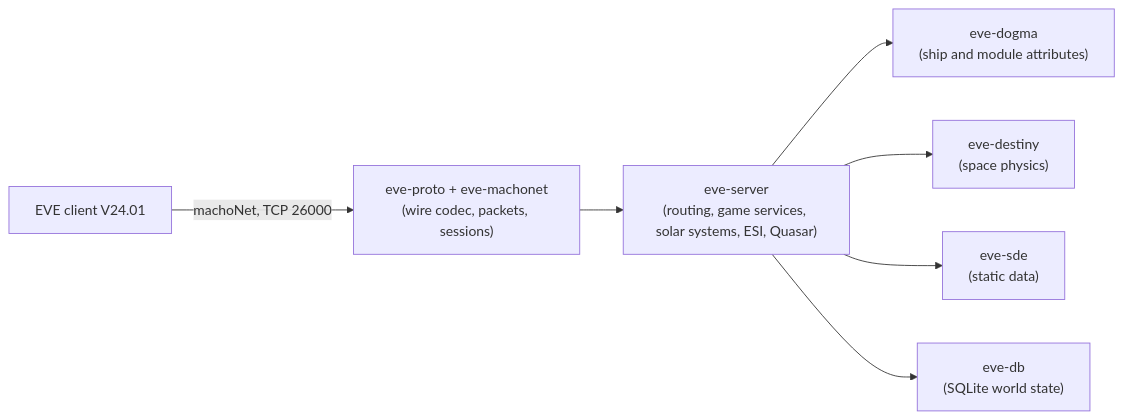
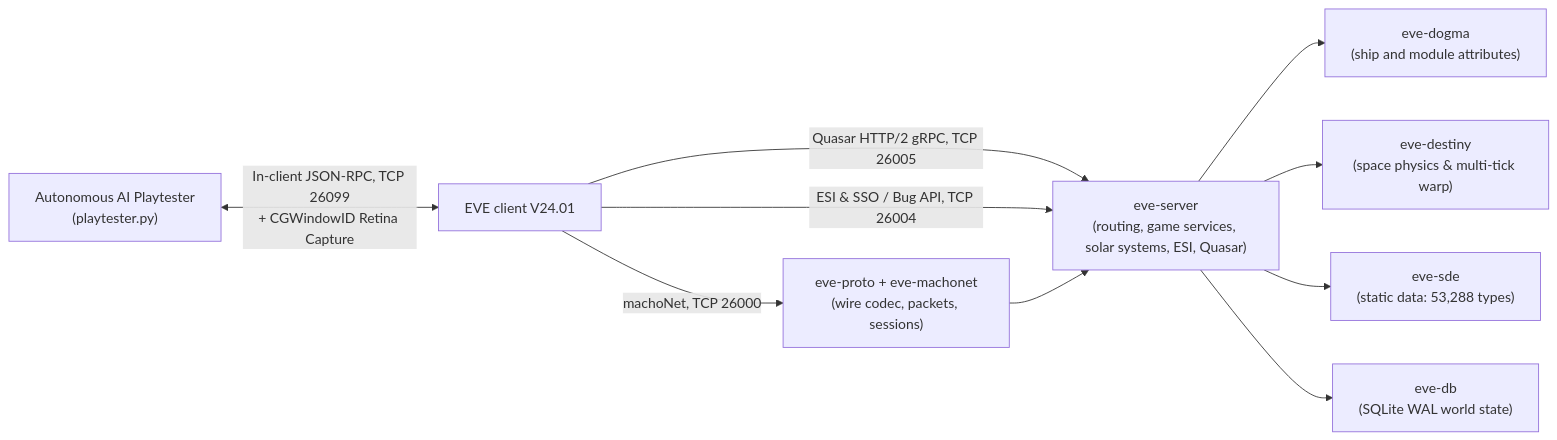
Before and after one commit to saverchenkov/EvoMu: the diagram in README.md, drawn with Mermaid. The commit also changed other lines of this file and 5 other files, not shown here.

````diff
--- a/README.md
+++ b/README.md
@@ -344,9 +389,12 @@
 ```mermaid
 flowchart LR
     Client["EVE client V24.01"] -->|"machoNet, TCP 26000"| Proto
+    Client -->|"Quasar HTTP/2 gRPC, TCP 26005"| Server
+    Client -->|"ESI & SSO / Bug API, TCP 26004"| Server
+    Playtester["Autonomous AI Playtester<br/>(playtester.py)"] <-->|"In-client JSON-RPC, TCP 26099<br/>+ CGWindowID Retina Capture"| Client
     Proto["eve-proto + eve-machonet<br/>(wire codec, packets, sessions)"] --> Server
     Server["eve-server<br/>(routing, game services, solar systems, ESI, Quasar)"] --> Dogma["eve-dogma<br/>(ship and module attributes)"]
-    Server --> Destiny["eve-destiny<br/>(space physics)"]
-    Server --> Sde["eve-sde<br/>(static data)"]
-    Server --> Db["eve-db<br/>(SQLite world state)"]
+    Server --> Destiny["eve-destiny<br/>(space physics & multi-tick warp)"]
+    Server --> Sde["eve-sde<br/>(static data: 53,288 types)"]
+    Server --> Db["eve-db<br/>(SQLite WAL world state)"]
 ```
````
